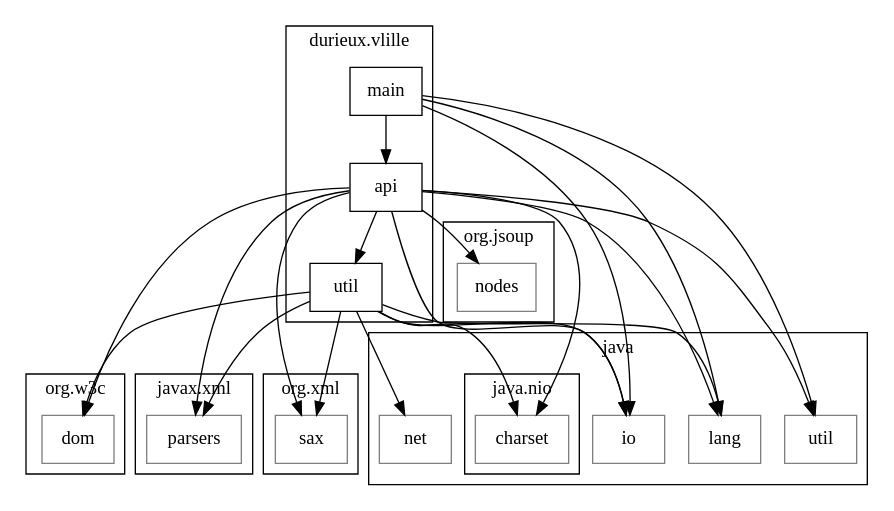
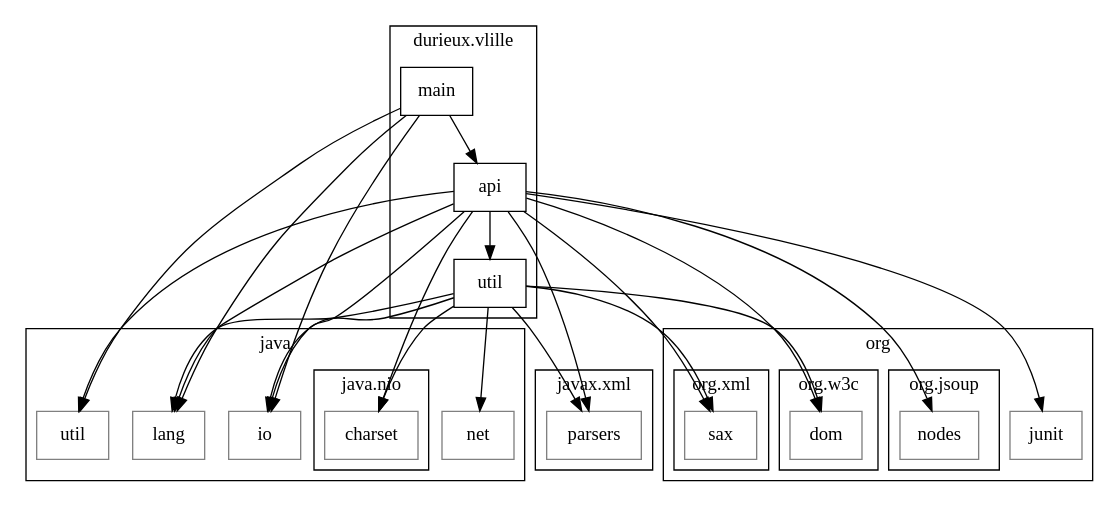
One commit to tdurieux/spoon-dependencies-analyzer changed the diagram in examples/vlille-DependencyAnalyser.p2p.gv. Above: the diagram before and after it, drawn with Graphviz. The commit also changed 20 other files, not shown here.

```diff
--- a/examples/vlille-DependencyAnalyser.p2p.gv
+++ b/examples/vlille-DependencyAnalyser.p2p.gv
@@ -1,65 +1,71 @@
 digraph G {
 	node [shape=box]; compound=true; ratio=fill;
 	"java.util" [color=grey];
 	"java.net" [color=grey];
 	"javax.xml.parsers" [color=grey];
 	"durieux.vlille.util" -> "java.lang";
 	"durieux.vlille.util" -> "java.nio.charset";
 	"durieux.vlille.util" -> "java.net";
 	"durieux.vlille.util" -> "javax.xml.parsers";
 	"durieux.vlille.util" -> "java.io";
 	"durieux.vlille.util" -> "org.xml.sax";
 	"durieux.vlille.util" -> "org.w3c.dom";
+	"org.junit" [color=grey];
 	"org.w3c.dom" [color=grey];
 	"org.xml.sax" [color=grey];
 	"java.nio.charset" [color=grey];
 	"java.io" [color=grey];
+	"org.jsoup.nodes" [color=grey];
 	"durieux.vlille.api" -> "java.lang";
 	"durieux.vlille.api" -> "org.w3c.dom";
 	"durieux.vlille.api" -> "javax.xml.parsers";
 	"durieux.vlille.api" -> "java.io";
 	"durieux.vlille.api" -> "org.xml.sax";
+	"durieux.vlille.api" -> "org.junit";
 	"durieux.vlille.api" -> "java.util";
 	"durieux.vlille.api" -> "java.nio.charset";
 	"durieux.vlille.api" -> "durieux.vlille.util";
 	"durieux.vlille.api" -> "org.jsoup.nodes";
-	"org.jsoup.nodes" [color=grey];
 	"java.lang" [color=grey];
 	"durieux.vlille.main" -> "java.lang";
 	"durieux.vlille.main" -> "durieux.vlille.api";
 	"durieux.vlille.main" -> "java.util";
 	"durieux.vlille.main" -> "java.io";
 	subgraph cluster0 { 
 		rankdir=LR;label="java";
 		"java.util" [label="util"]
 		"java.net" [label="net"]
 	subgraph cluster1 { 
 		rankdir=LR;label="java.nio";
 		"java.nio.charset" [label="charset"]
 	};
 		"java.io" [label="io"]
 		"java.lang" [label="lang"]
 	};
 	subgraph cluster2 { 
 		rankdir=LR;label="javax.xml";
 		"javax.xml.parsers" [label="parsers"]
 	};
 	subgraph cluster3 { 
 		rankdir=LR;label="durieux.vlille";
 		"durieux.vlille.util" [label="util"]
 		"durieux.vlille.api" [label="api"]
 		"durieux.vlille.main" [label="main"]
 	};
 	subgraph cluster4 { 
+		rankdir=LR;label="org";
+		"org.junit" [label="junit"]
+	subgraph cluster5 { 
 		rankdir=LR;label="org.w3c";
 		"org.w3c.dom" [label="dom"]
 	};
-	subgraph cluster5 { 
+	subgraph cluster6 { 
 		rankdir=LR;label="org.xml";
 		"org.xml.sax" [label="sax"]
 	};
-	subgraph cluster6 { 
+	subgraph cluster7 { 
 		rankdir=LR;label="org.jsoup";
 		"org.jsoup.nodes" [label="nodes"]
 	};
+	};
 }
```
